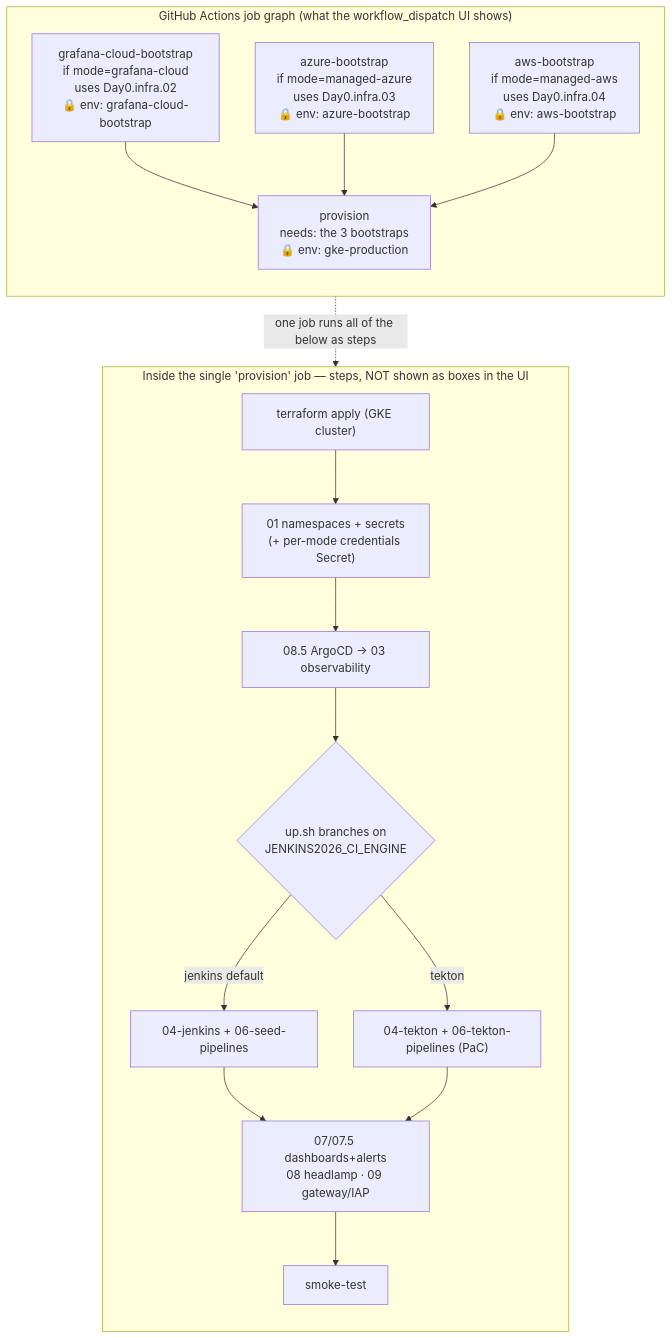
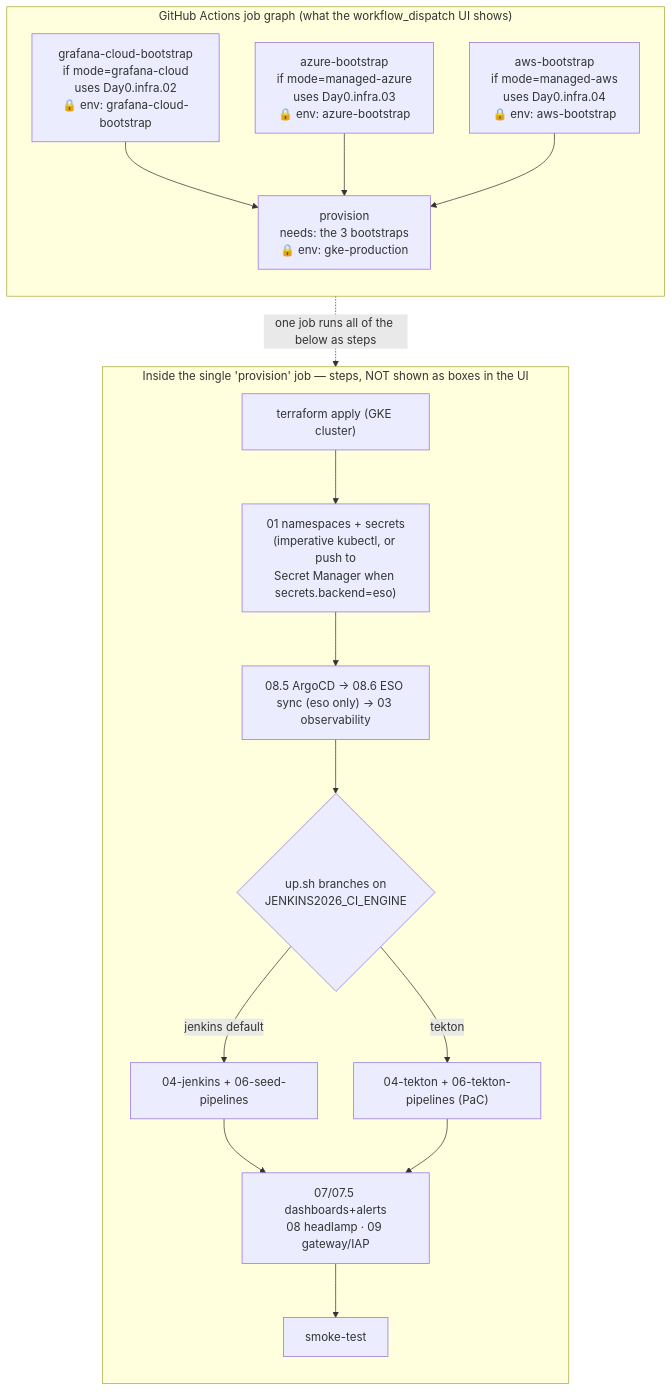
One commit to nubenetes/jenkins-2026 changed the third of 3 diagrams in docs/101-GITHUB_ACTIONS_WORKFLOWS.md. Above: the diagram before and after it, drawn with Mermaid. The commit also changed 2 other files, not shown here.

Commit message:
docs: secrets_backend parity across 101/102/901 (inputs, up.sh order, run-graph)
Document the new secrets_backend flag/input everywhere the other flags (ci.engine/observability.mode) are documented: 102 Day1 input list, 901 up.sh step order + config knobs, and the 101 run-graph mermaid (08.6 ESO sync + push-to-Secret-Manager).

````diff
--- a/docs/101-GITHUB_ACTIONS_WORKFLOWS.md
+++ b/docs/101-GITHUB_ACTIONS_WORKFLOWS.md
@@ -386,33 +386,33 @@
 ```mermaid
 flowchart TD
     subgraph JOBS["GitHub Actions job graph (what the workflow_dispatch UI shows)"]
         direction TB
         B1["grafana-cloud-bootstrap\nif mode=grafana-cloud\nuses Day0.infra.02\n🔒 env: grafana-cloud-bootstrap"]
         B2["azure-bootstrap\nif mode=managed-azure\nuses Day0.infra.03\n🔒 env: azure-bootstrap"]
         B3["aws-bootstrap\nif mode=managed-aws\nuses Day0.infra.04\n🔒 env: aws-bootstrap"]
         P["provision\nneeds: the 3 bootstraps\n🔒 env: gke-production"]
         B1 --> P
         B2 --> P
         B3 --> P
     end
 
     subgraph INSIDE["Inside the single 'provision' job — steps, NOT shown as boxes in the UI"]
         direction TB
         TF["terraform apply (GKE cluster)"]
-        NS["01 namespaces + secrets\n(+ per-mode credentials Secret)"]
-        CD["08.5 ArgoCD -> 03 observability"]
+        NS["01 namespaces + secrets\n(imperative kubectl, or push to\nSecret Manager when secrets.backend=eso)"]
+        CD["08.5 ArgoCD -> 08.6 ESO sync (eso only) -> 03 observability"]
         UP{"up.sh branches on\nJENKINS2026_CI_ENGINE"}
         JEN["04-jenkins + 06-seed-pipelines"]
         TEK["04-tekton + 06-tekton-pipelines (PaC)"]
         REST["07/07.5 dashboards+alerts\n08 headlamp · 09 gateway/IAP"]
         SMOKE["smoke-test"]
         TF --> NS --> CD --> UP
         UP -->|jenkins default| JEN
         UP -->|tekton| TEK
         JEN --> REST
         TEK --> REST
         REST --> SMOKE
     end
 
     P -.->|"one job runs all of the below as steps"| INSIDE
 ```
````
